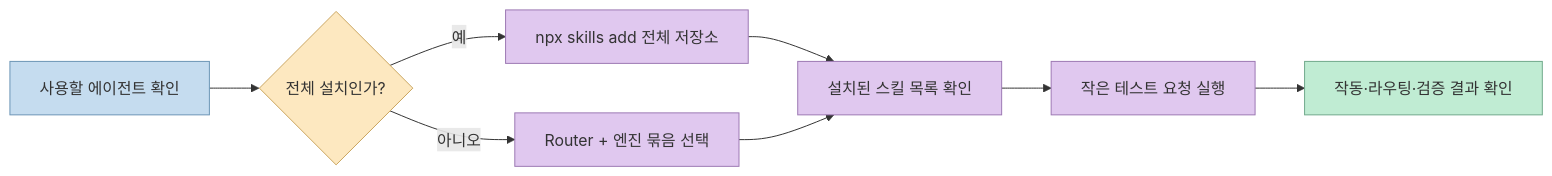
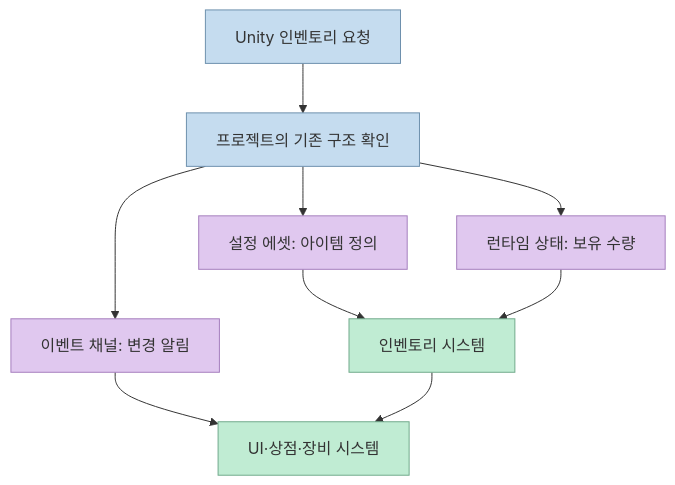
One commit to gyuha/game-dev changed the fourth of 6 diagrams in src/content/blog/resources/2026/11/awesome-gamedev-agent-skills-router.md. Above: the diagram before and after it, drawn with Mermaid. The commit also changed other lines of this file and 3 other files, not shown here.

Commit message:
content: publish gamedev agent skills router post

````diff
--- a/src/content/blog/resources/2026/11/awesome-gamedev-agent-skills-router.md
+++ b/src/content/blog/resources/2026/11/awesome-gamedev-agent-skills-router.md
@@ -126,18 +126,17 @@
 ```mermaid
-flowchart LR
-    A[사용할 에이전트 확인] --> B{전체 설치인가?}
-    B -->|예| C[npx skills add 전체 저장소]
-    B -->|아니오| D[Router + 엔진 묶음 선택]
-    C --> E[설치된 스킬 목록 확인]
-    D --> E
-    E --> F[작은 테스트 요청 실행]
-    F --> G[작동·라우팅·검증 결과 확인]
-    classDef inputTone fill:#c5dcef,stroke:#6b95b5,color:#333
-    classDef choiceTone fill:#fde8c0,stroke:#c9a45e,color:#333
-    classDef processTone fill:#e0c8ef,stroke:#9c78b3,color:#333
-    classDef resultTone fill:#c0ecd3,stroke:#70a98b,color:#333
-    class A inputTone
-    class B choiceTone
-    class C,D,E,F processTone
-    class G resultTone
+flowchart TD
+    A[Unity 인벤토리 요청] --> B[프로젝트의 기존 구조 확인]
+    B --> C[설정 에셋: 아이템 정의]
+    B --> D[런타임 상태: 보유 수량]
+    B --> E[이벤트 채널: 변경 알림]
+    C --> F[인벤토리 시스템]
+    D --> F
+    E --> G[UI·상점·장비 시스템]
+    F --> G
+    classDef inputTone fill:#c5dcef,stroke:#6d90ad,color:#333
+    classDef dataTone fill:#e0c8ef,stroke:#a57ebd,color:#333
+    classDef systemTone fill:#c0ecd3,stroke:#70a98b,color:#333
+    class A,B inputTone
+    class C,D,E dataTone
+    class F,G systemTone
 ```
````
